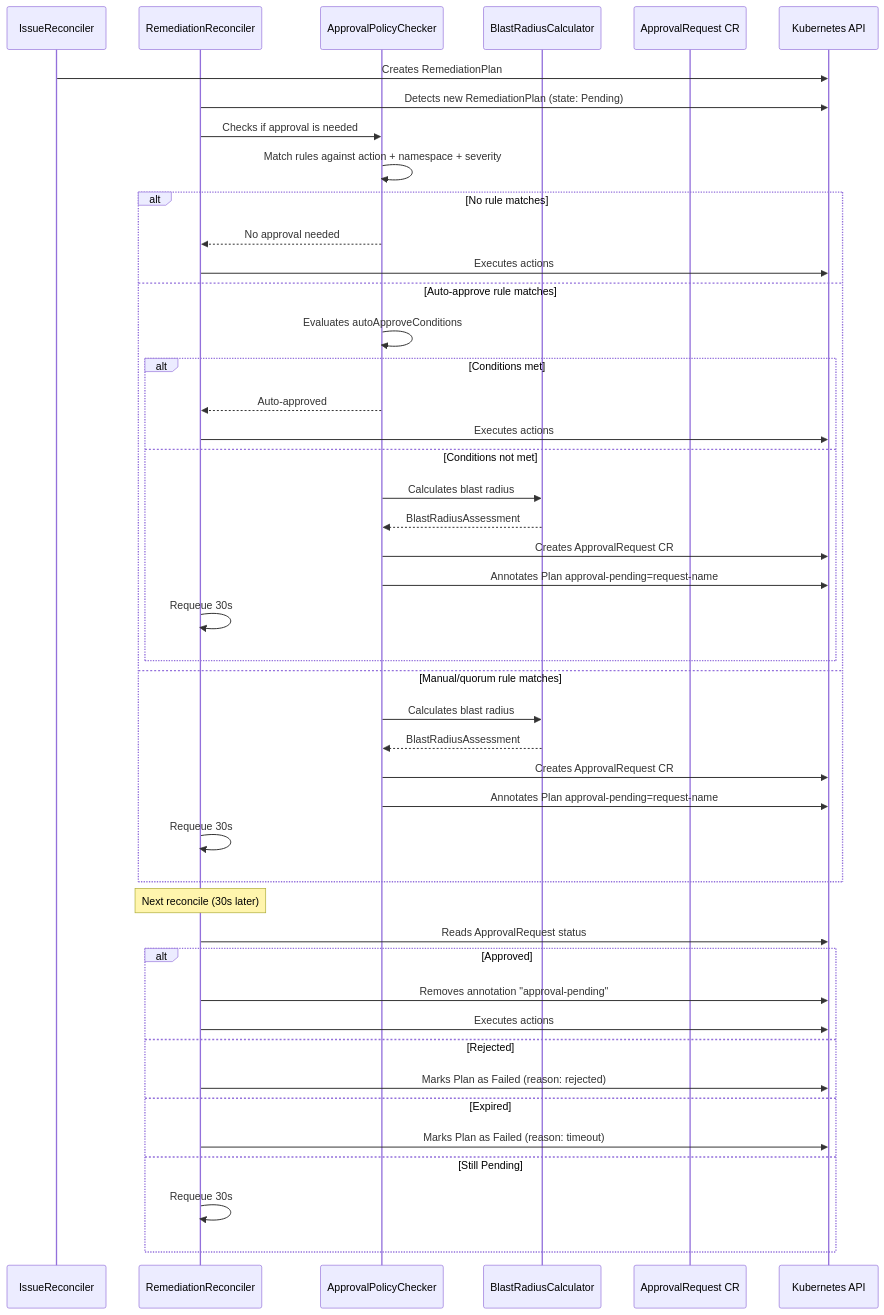
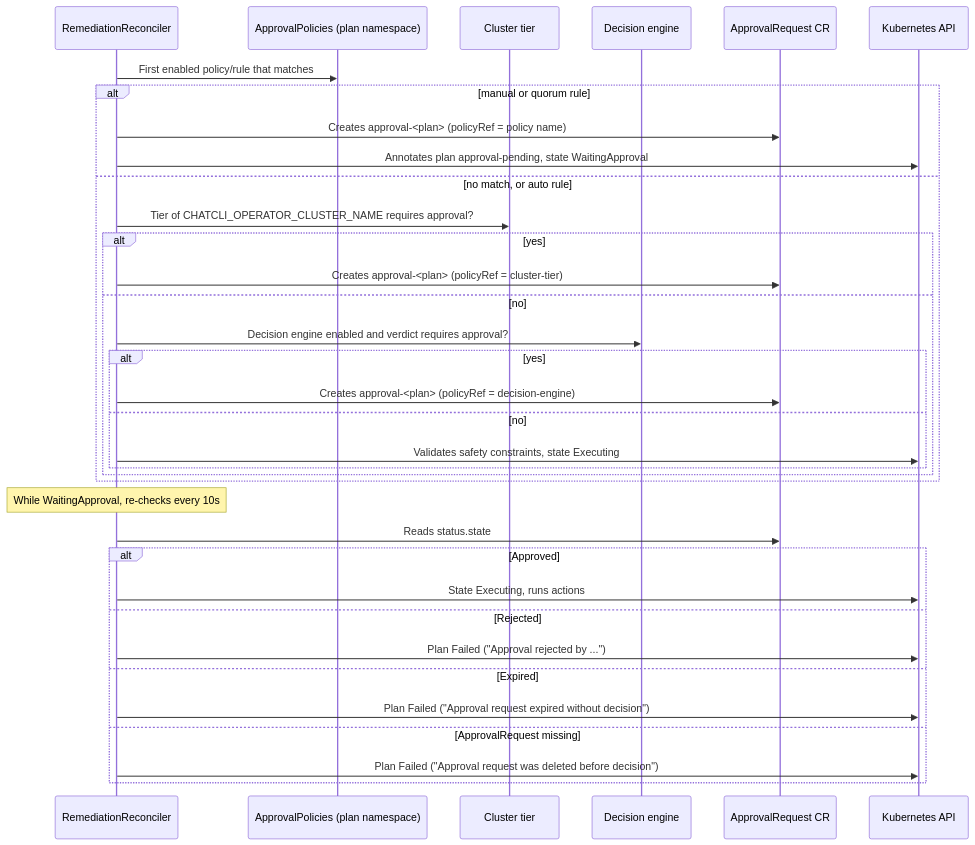
The third of 3 diagrams in features/aiops/approval-workflow.mdx (diillson/chatcli.ai), drawn with Mermaid before and after one commit. The commit also changed other lines of this file and 126 other files, not shown here.

````diff
--- a/features/aiops/approval-workflow.mdx
+++ b/features/aiops/approval-workflow.mdx
@@ -427,50 +357,39 @@
 ```mermaid
 sequenceDiagram
-    participant IR as IssueReconciler
     participant RR as RemediationReconciler
-    participant APC as ApprovalPolicyChecker
-    participant BRC as BlastRadiusCalculator
+    participant AP as ApprovalPolicies (plan namespace)
+    participant CT as Cluster tier
+    participant DE as Decision engine
     participant AReq as ApprovalRequest CR
     participant K8s as Kubernetes API
 
-    IR->>K8s: Creates RemediationPlan
-    RR->>K8s: Detects new RemediationPlan (state: Pending)
-    RR->>APC: Checks if approval is needed
-    APC->>APC: Match rules against action + namespace + severity
-
-    alt No rule matches
-        APC-->>RR: No approval needed
-        RR->>K8s: Executes actions
-    else Auto-approve rule matches
-        APC->>APC: Evaluates autoApproveConditions
-        alt Conditions met
-            APC-->>RR: Auto-approved
-            RR->>K8s: Executes actions
-        else Conditions not met
-            APC->>BRC: Calculates blast radius
-            BRC-->>APC: BlastRadiusAssessment
-            APC->>K8s: Creates ApprovalRequest CR
-            APC->>K8s: Annotates Plan approval-pending=request-name
-            RR->>RR: Requeue 30s
+    RR->>AP: First enabled policy/rule that matches
+    alt manual or quorum rule
+        RR->>AReq: Creates approval-<plan> (policyRef = policy name)
+        RR->>K8s: Annotates plan approval-pending, state WaitingApproval
+    else no match, or auto rule
+        RR->>CT: Tier of CHATCLI_OPERATOR_CLUSTER_NAME requires approval?
+        alt yes
+            RR->>AReq: Creates approval-<plan> (policyRef = cluster-tier)
+        else no
+            RR->>DE: Decision engine enabled and verdict requires approval?
+            alt yes
+                RR->>AReq: Creates approval-<plan> (policyRef = decision-engine)
+            else no
+                RR->>K8s: Validates safety constraints, state Executing
+            end
         end
-    else Manual/quorum rule matches
-        APC->>BRC: Calculates blast radius
-        BRC-->>APC: BlastRadiusAssessment
-        APC->>K8s: Creates ApprovalRequest CR
-        APC->>K8s: Annotates Plan approval-pending=request-name
-        RR->>RR: Requeue 30s
     end
 
-    Note over RR: Next reconcile (30s later)
-    RR->>K8s: Reads ApprovalRequest status
+    Note over RR: While WaitingApproval, re-checks every 10s
+    RR->>AReq: Reads status.state
     alt Approved
-        RR->>K8s: Removes annotation "approval-pending"
-        RR->>K8s: Executes actions
+        RR->>K8s: State Executing, runs actions
     else Rejected
-        RR->>K8s: Marks Plan as Failed (reason: rejected)
+        RR->>K8s: Plan Failed ("Approval rejected by ...")
     else Expired
-        RR->>K8s: Marks Plan as Failed (reason: timeout)
-    else Still Pending
-        RR->>RR: Requeue 30s
+        RR->>K8s: Plan Failed ("Approval request expired without decision")
+    else ApprovalRequest missing
+        RR->>K8s: Plan Failed ("Approval request was deleted before decision")
     end
 ```
````
